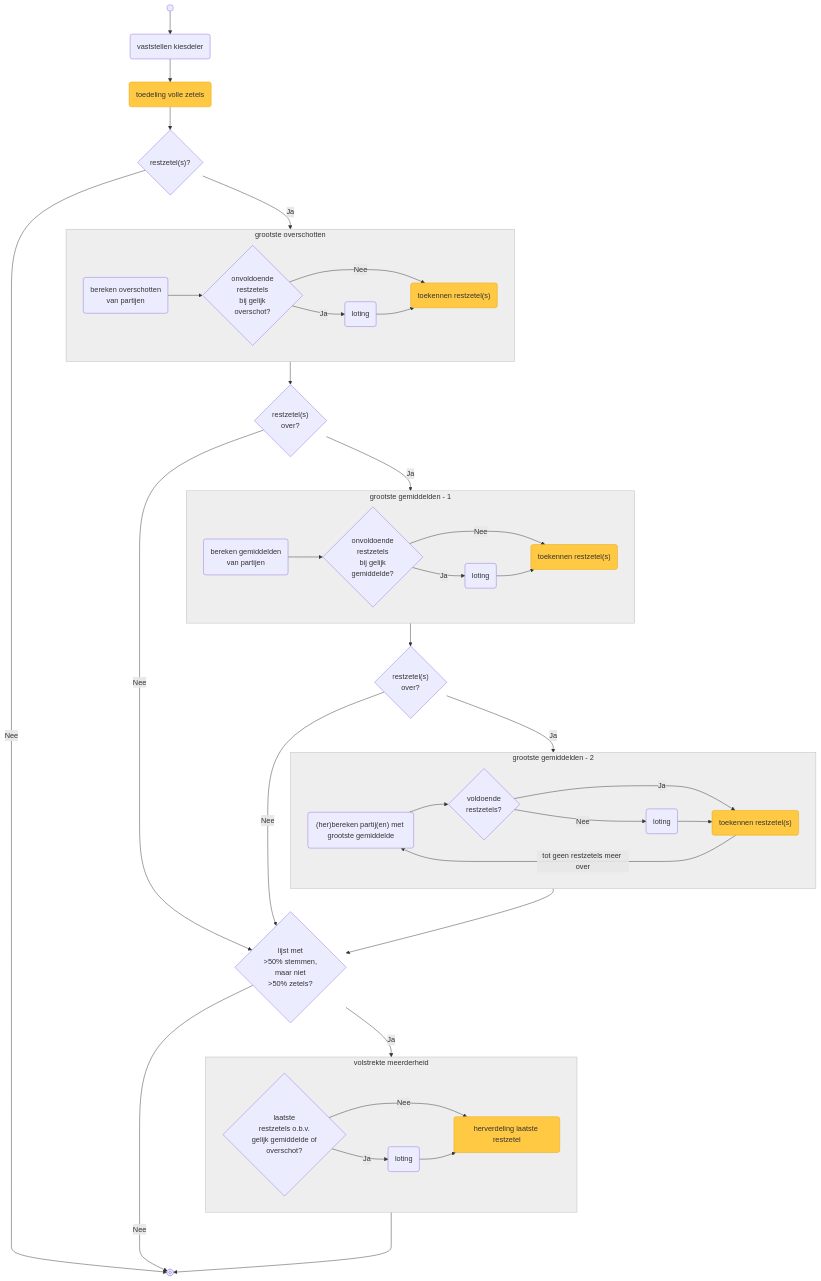
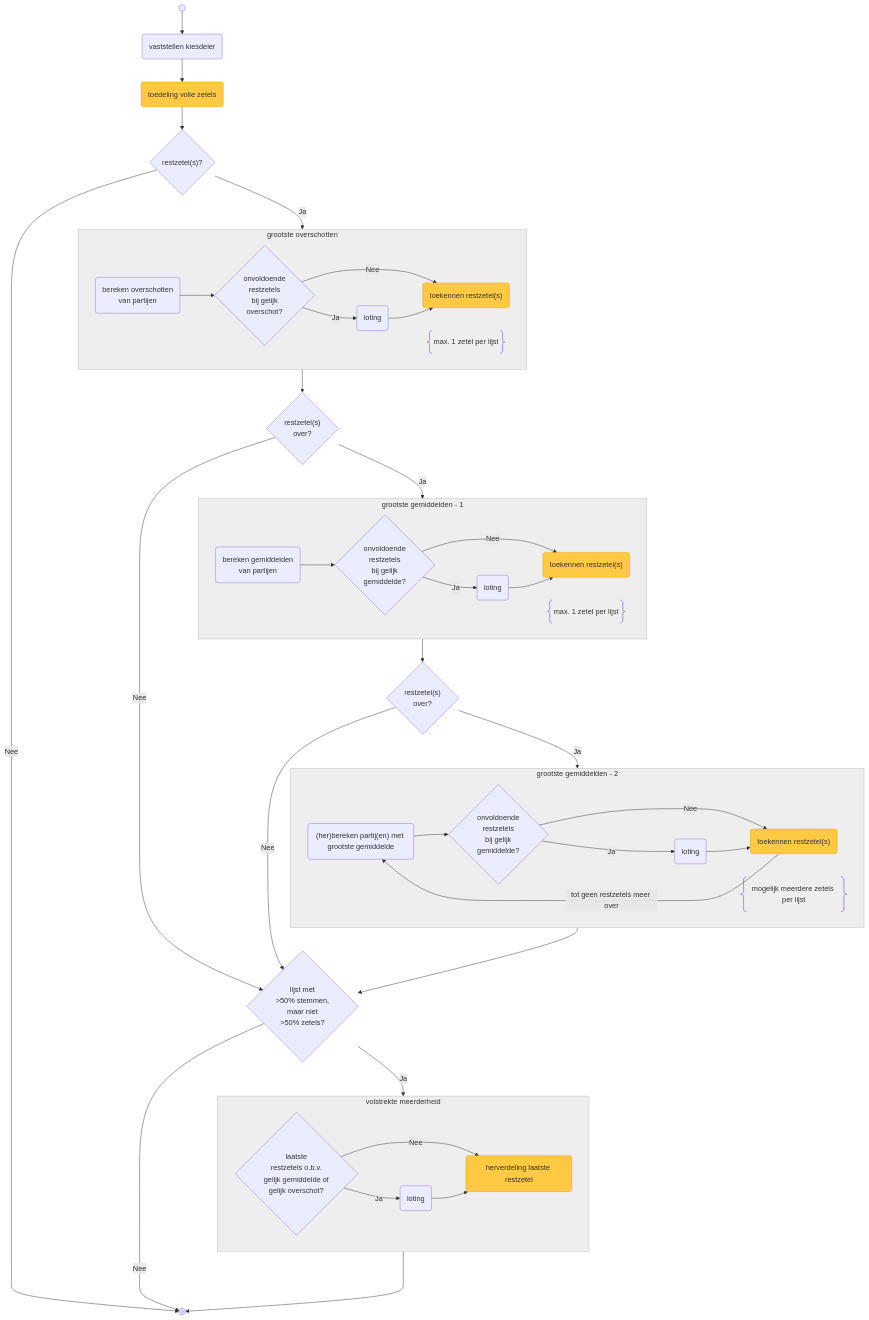
Before and after one commit to kiesraad/abacus-documentatie: the second of 2 diagrams in verkiezingsproces/zetelverdeling-GR-flowchart.md, drawn with Mermaid. The commit also changed other lines of this file, not shown here.

Commit message:
clarifications

```diff
--- a/verkiezingsproces/zetelverdeling-GR-flowchart.md
+++ b/verkiezingsproces/zetelverdeling-GR-flowchart.md
@@ -95,7 +96,7 @@
     restzetels_na_overschotten{"restzetel(s)<br/>over?"}
 
     bereken_gemiddelden_van_partijen(bereken gemiddelden<br/>van partijen)
-    gelijke_gemiddelden{"onvoldoende<br/>restzetels<br/>bij gelijk<br/>gemiddelde?"}
+    gelijke_gemiddelden_1{"onvoldoende<br/>restzetels<br/>bij gelijk<br/>gemiddelde?"}
     loting_grootste_gemiddelden_1(loting)
     toekennen_restzetels_grootste_gemiddelden_1("toekennen restzetel(s)")
     class toekennen_restzetels_grootste_gemiddelden_1 lijstuitputting
@@ -103,13 +104,13 @@
     restzetels_na_gemiddelden_1{"restzetel(s)<br/>over?"}
 
     bereken_partijen_met_grootste_gemiddelde("(her)bereken partij(en) met grootste gemiddelde")
-    voldoende_restzetels{voldoende<br/>restzetels?}
+    gelijke_gemiddelden_2{"onvoldoende<br/>restzetels<br/>bij gelijk<br/>gemiddelde?"}
     loting_grootste_gemiddelden_2(loting)
     toekennen_restzetels_grootste_gemiddelden_2("toekennen restzetel(s)")
     class toekennen_restzetels_grootste_gemiddelden_2 lijstuitputting
 
     meerderheid_aan_stemmen_maar_niet_zetels{lijst met<br/>>50% stemmen,<br/>maar niet<br/>>50% zetels?}
-    laatste_restzetels_obv_gelijk_gemiddelde_of_overschot{laatste<br/>restzetels o.b.v.<br/>gelijk gemiddelde of<br/>overschot?}
+    laatste_restzetels_obv_gelijk_gemiddelde_of_overschot{laatste<br/>restzetels o.b.v.<br/>gelijk gemiddelde of<br/>gelijk overschot?}
     loting_volstrekte_meerderheid(loting)
     herverdeling_laatste_restzetel(herverdeling laatste restzetel)
     class herverdeling_laatste_restzetel lijstuitputting
@@ -128,6 +129,7 @@
         gelijke_overschotten -->|Nee| toekennen_restzetels_gelijke_overschotten
         gelijke_overschotten -->|Ja| loting_grootste_overschotten
         loting_grootste_overschotten --> toekennen_restzetels_gelijke_overschotten
+        comment_grootste_overschotten@{ shape: braces, label: "max. 1 zetel per lijst" }
     end
     class grootste_overschotten greyFill;
 
@@ -137,10 +139,11 @@
 
     subgraph grootste_gemiddelden_1["grootste gemiddelden - 1"]
         direction LR
-        bereken_gemiddelden_van_partijen --> gelijke_gemiddelden
-        gelijke_gemiddelden -->|Nee| toekennen_restzetels_grootste_gemiddelden_1
-        gelijke_gemiddelden -->|Ja| loting_grootste_gemiddelden_1
+        bereken_gemiddelden_van_partijen --> gelijke_gemiddelden_1
+        gelijke_gemiddelden_1 -->|Nee| toekennen_restzetels_grootste_gemiddelden_1
+        gelijke_gemiddelden_1 -->|Ja| loting_grootste_gemiddelden_1
         loting_grootste_gemiddelden_1 --> toekennen_restzetels_grootste_gemiddelden_1
+        comment_grootste_gemiddelden_1@{ shape: braces, label: "max. 1 zetel per lijst" }
     end
     class grootste_gemiddelden_1 greyFill;
 
@@ -149,12 +152,12 @@
     restzetels_na_gemiddelden_1 -->|Ja| grootste_gemiddelden_2
 
     subgraph grootste_gemiddelden_2["grootste gemiddelden - 2"]
-        bereken_partijen_met_grootste_gemiddelde --> voldoende_restzetels
-        voldoende_restzetels -->|Ja| toekennen_restzetels_grootste_gemiddelden_2
-        voldoende_restzetels -->|Nee| loting_grootste_gemiddelden_2
+        bereken_partijen_met_grootste_gemiddelde --> gelijke_gemiddelden_2
+        gelijke_gemiddelden_2 -->|Nee| toekennen_restzetels_grootste_gemiddelden_2
+        gelijke_gemiddelden_2 -->|Ja| loting_grootste_gemiddelden_2
         loting_grootste_gemiddelden_2 --> toekennen_restzetels_grootste_gemiddelden_2
         toekennen_restzetels_grootste_gemiddelden_2 -->|tot geen restzetels meer over| bereken_partijen_met_grootste_gemiddelde
-
+        comment_grootste_gemiddelden_2@{ shape: braces, label: "mogelijk meerdere zetels per lijst" }
     end
     class grootste_gemiddelden_2 greyFill;
 
```
